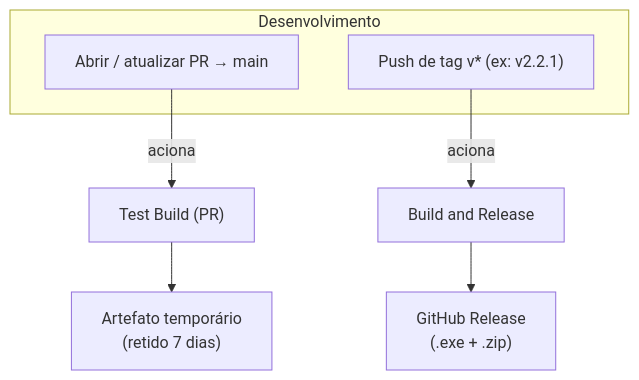
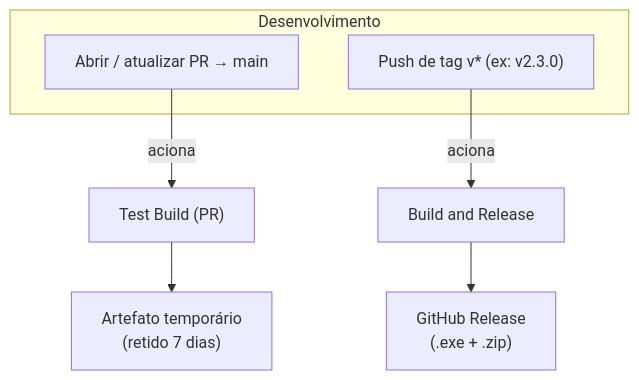
One commit to RuanPS01/cpp-review-app changed the first of 3 diagrams in docs/workflows-ci-cd.md. Above: the diagram before and after it, drawn with Mermaid. The commit also changed other lines of this file and 8 other files, not shown here.

````diff
--- a/docs/workflows-ci-cd.md
+++ b/docs/workflows-ci-cd.md
@@ -14,13 +14,13 @@
 ```mermaid
 graph TD
     subgraph dev["Desenvolvimento"]
         PR["Abrir / atualizar PR → main"]
-        TAG["Push de tag v* (ex: v2.2.1)"]
+        TAG["Push de tag v* (ex: v2.3.0)"]
     end
 
     PR -->|aciona| TB["Test Build (PR)"]
     TAG -->|aciona| RL["Build and Release"]
 
     TB --> ART["Artefato temporário<br/>(retido 7 dias)"]
     RL --> REL["GitHub Release<br/>(.exe + .zip)"]
 ```
````
